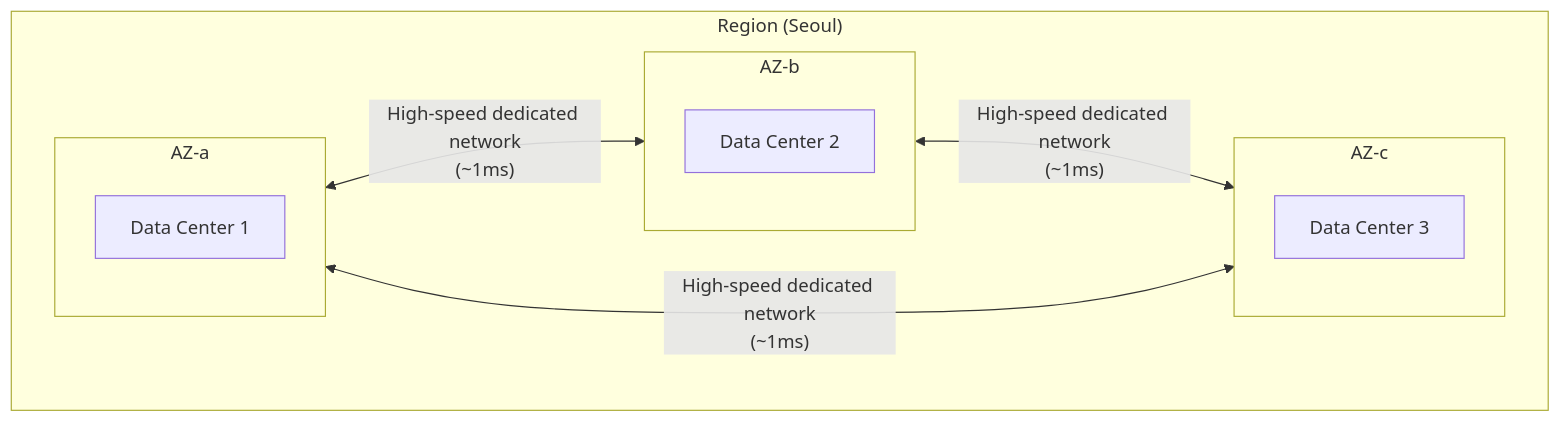
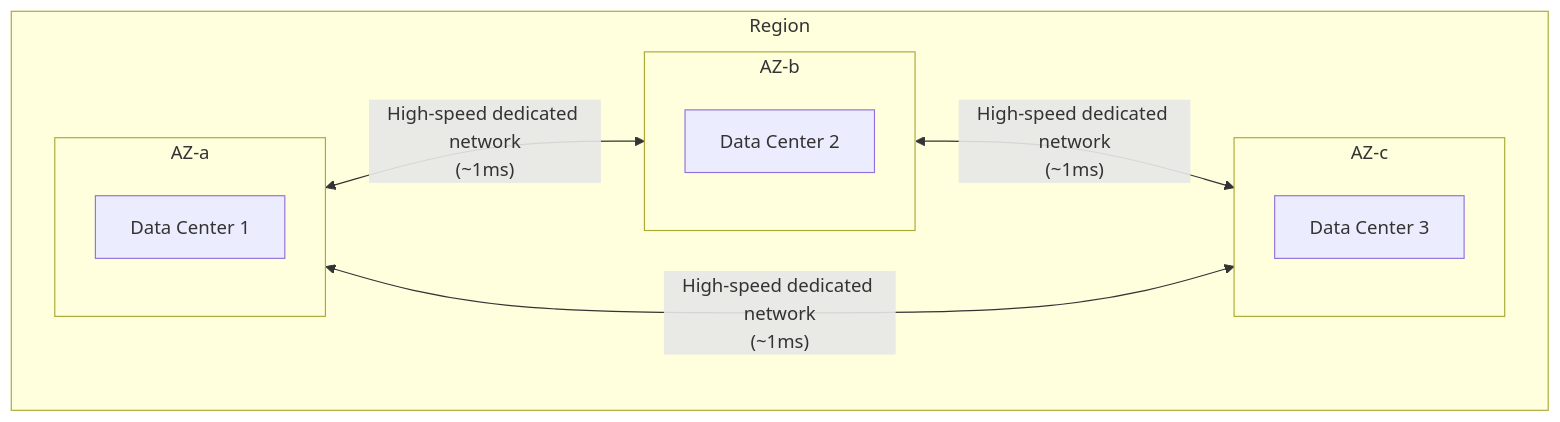
The diagram in starlight/src/content/docs/en/about-cloud/regions-and-zones.md (cloudpickr/cloudpick-docs), drawn with Mermaid before and after one commit. The commit also changed other lines of this file and 15 other files, not shown here.

````diff
--- a/starlight/src/content/docs/en/about-cloud/regions-and-zones.md
+++ b/starlight/src/content/docs/en/about-cloud/regions-and-zones.md
@@ -24,17 +24,17 @@
 ```mermaid
 graph TB
-    subgraph "Region (Seoul)"
+    subgraph "Region"
         subgraph "AZ-a"
             DC1[Data Center 1]
         end
         subgraph "AZ-b"
             DC2[Data Center 2]
         end
         subgraph "AZ-c"
             DC3[Data Center 3]
         end
         AZ-a <-->|"High-speed dedicated network<br/>(~1ms)"| AZ-b
         AZ-b <-->|"High-speed dedicated network<br/>(~1ms)"| AZ-c
         AZ-a <-->|"High-speed dedicated network<br/>(~1ms)"| AZ-c
     end
 ```
````
